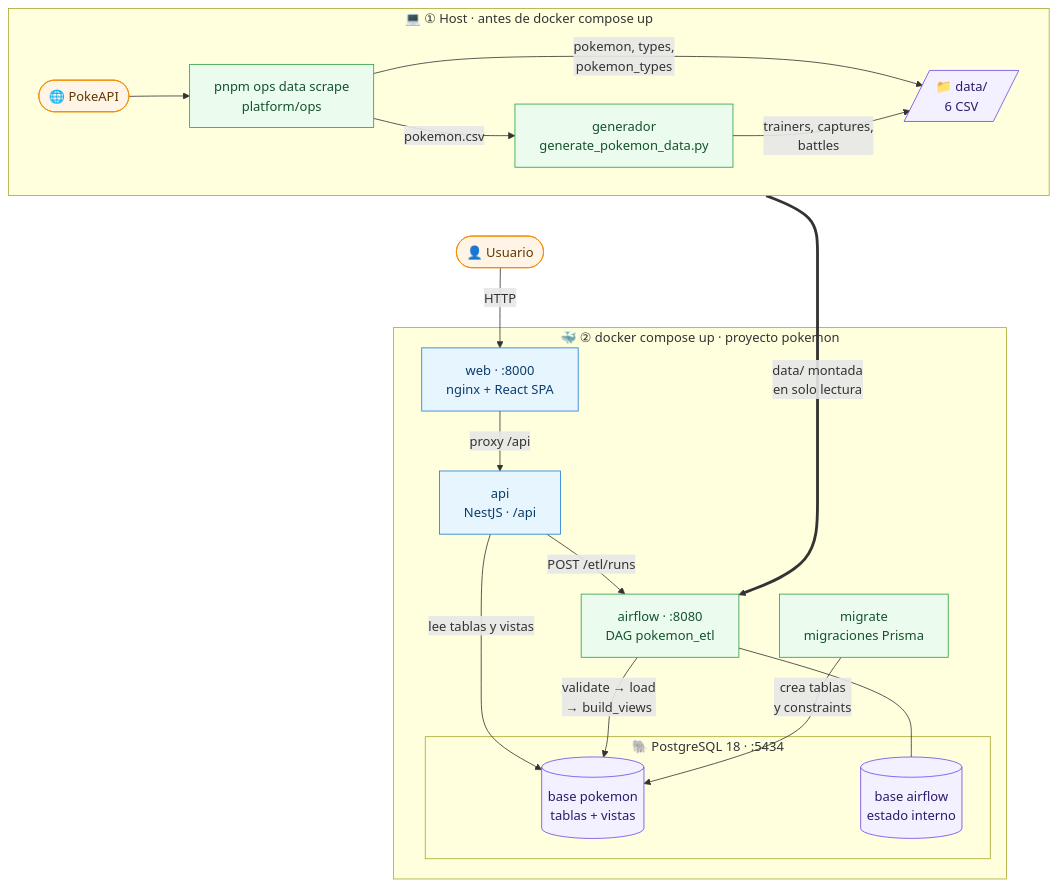
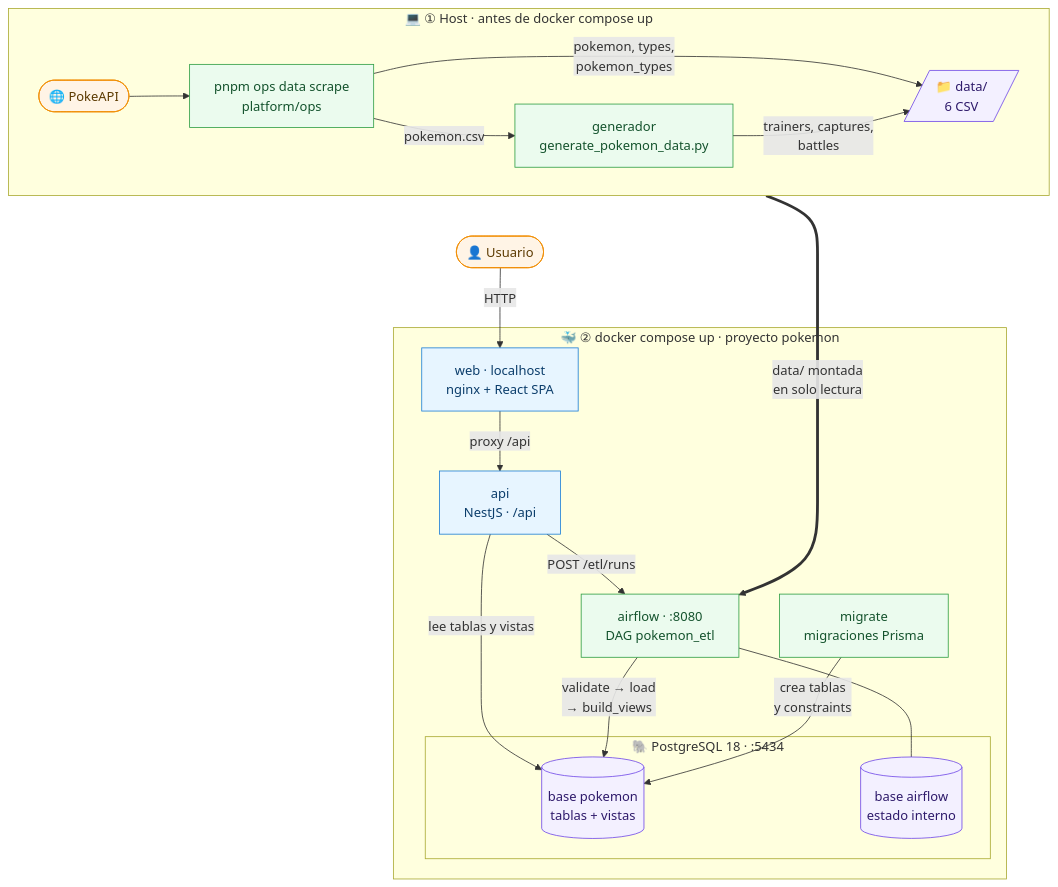
The third of 4 diagrams in README.md (agustin-rios/pokemon), drawn with Mermaid before and after one commit. The commit also changed other lines of this file and 1 other file, not shown here.

Commit message:
feat(docker): serve the web on port 80 so URLs need no port

````diff
--- a/README.md
+++ b/README.md
@@ -223,42 +224,42 @@
 ```mermaid
 flowchart TB
   subgraph prep["💻 ① Host · antes de docker compose up"]
     direction LR
     pokeapi(["🌐 PokeAPI"]) --> scrape["pnpm ops data scrape<br/>platform/ops"]
     scrape -->|"pokemon.csv"| gen["generador<br/>generate_pokemon_data.py"]
     scrape -->|"pokemon, types,<br/>pokemon_types"| data[/"📁 data/<br/>6 CSV"/]
     gen -->|"trainers, captures,<br/>battles"| data
   end
 
   user(["👤 Usuario"])
 
   subgraph stack["🐳 ② docker compose up · proyecto pokemon"]
-    web["web · :8000<br/>nginx + React SPA"]
+    web["web · localhost<br/>nginx + React SPA"]
     api["api<br/>NestJS · /api"]
     airflow["airflow · :8080<br/>DAG pokemon_etl"]
     migrate["migrate<br/>migraciones Prisma"]
     subgraph pg["🐘 PostgreSQL 18 · :5434"]
       dbapp[("base pokemon<br/>tablas + vistas")]
       dbaf[("base airflow<br/>estado interno")]
     end
   end
 
   prep ~~~ user
   prep ==>|"data/ montada<br/>en solo lectura"| airflow
   user -->|HTTP| web
   web -->|"proxy /api"| api
   api -->|"POST /etl/runs"| airflow
   api -->|"lee tablas y vistas"| dbapp
   airflow -->|"validate → load<br/>→ build_views"| dbapp
   airflow --- dbaf
   migrate -->|"crea tablas<br/>y constraints"| dbapp
 
   classDef ext fill:#fff4e6,stroke:#f08c00,color:#5c3a00
   classDef app fill:#e7f5ff,stroke:#1c7ed6,color:#0b3d6b
   classDef etl fill:#ebfbee,stroke:#2f9e44,color:#14532d
   classDef store fill:#f3f0ff,stroke:#7048e8,color:#2e1a6b
   class user,pokeapi ext
   class web,api app
   class scrape,gen,airflow,migrate etl
   class data,dbapp,dbaf store
 ```
````
